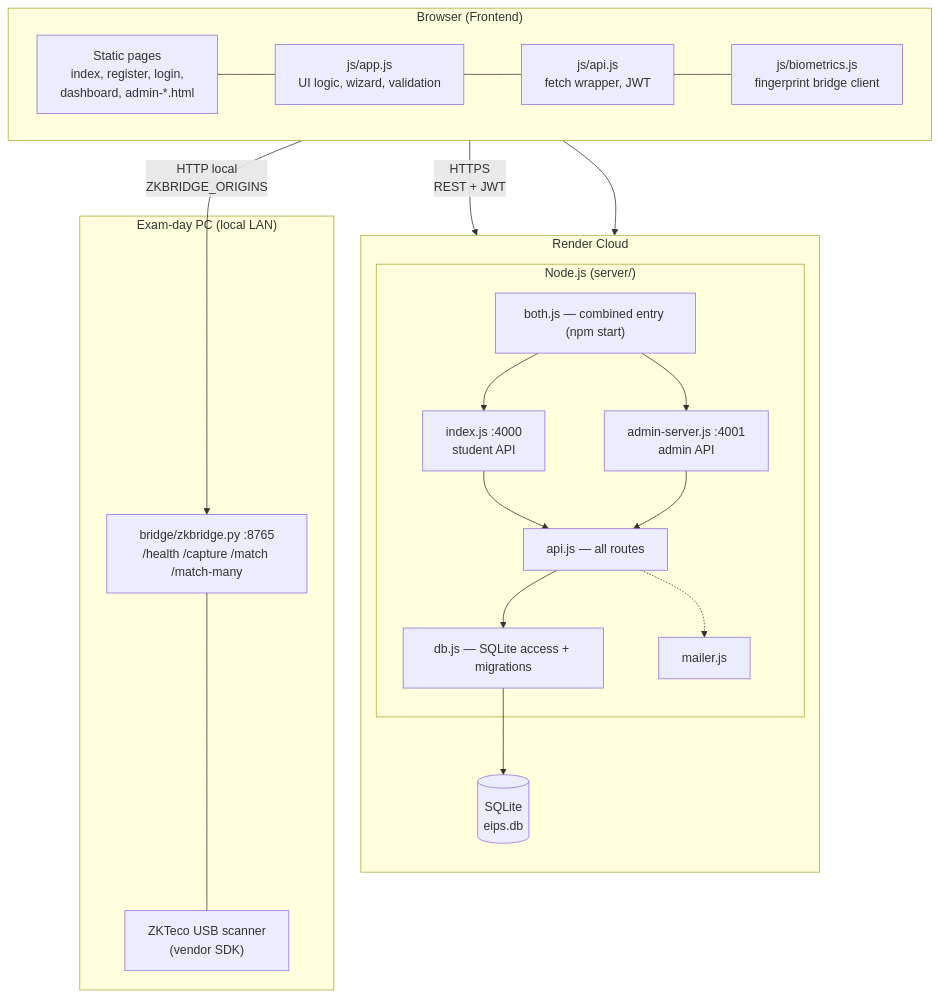
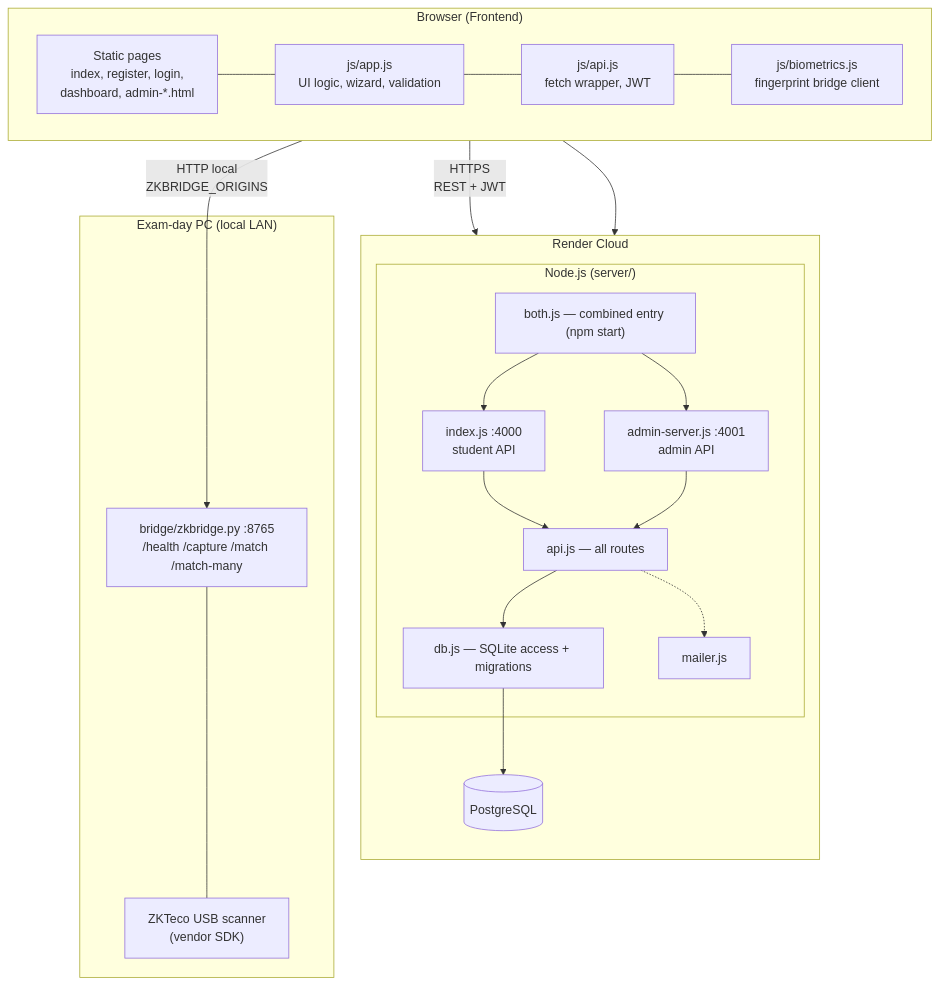
One commit to Bigwelz/ProjectWork--ImpedeX changed the second of 9 diagrams in uml-diagrams.md. Above: the diagram before and after it, drawn with Mermaid. The commit also changed other lines of this file and 16 other files, not shown here.

Commit message:
migrated from SQLite to PostgreSQL

````diff
--- a/uml-diagrams.md
+++ b/uml-diagrams.md
@@ -44,38 +44,38 @@
 ```mermaid
 flowchart TB
     subgraph BROWSER["Browser (Frontend)"]
         direction LR
         PAGES["Static pages<br/>index, register, login,<br/>dashboard, admin-*.html"]
         APPJS["js/app.js<br/>UI logic, wizard, validation"]
         APIJS["js/api.js<br/>fetch wrapper, JWT"]
         BIOM["js/biometrics.js<br/>fingerprint bridge client"]
         PAGES --- APPJS --- APIJS --- BIOM
     end
 
     subgraph CLOUD["Render Cloud"]
         direction TB
         subgraph NODE["Node.js (server/)"]
             BOTH["both.js — combined entry (npm start)"]
             IDX["index.js :4000<br/>student API"]
             ADM["admin-server.js :4001<br/>admin API"]
             APIR["api.js — all routes"]
             DBM["db.js — SQLite access + migrations"]
             MAIL["mailer.js"]
             BOTH --> IDX & ADM
             IDX & ADM --> APIR --> DBM
             APIR -.-> MAIL
         end
-        SQLITE[("SQLite<br/>eips.db")]
+        SQLITE[("PostgreSQL")]
         DBM --> SQLITE
     end
 
     subgraph EXAMPCH["Exam-day PC (local LAN)"]
         BR["bridge/zkbridge.py :8765<br/>/health /capture /match /match-many"]
         ZK["ZKTeco USB scanner<br/>(vendor SDK)"]
         BR --- ZK
     end
 
     BIOM -->|"HTTP local<br/>ZKBRIDGE_ORIGINS"| BR
     BIOM -->|"HTTPS<br/>REST + JWT"| APIR
     APPJS --> APIR
 ```
````
